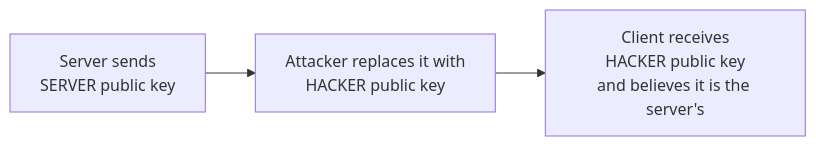
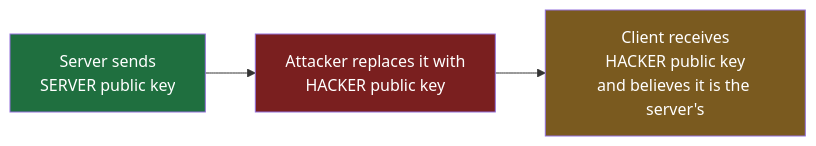
One commit to Dummy-Bug/system-design-handbook changed the first of 6 diagrams in Devops/04-Networking/10-Certificates-And-Trust.md. Above: the diagram before and after it, drawn with Mermaid. The commit also changed other lines of this file and 53 other files, not shown here.

````diff
--- a/Devops/04-Networking/10-Certificates-And-Trust.md
+++ b/Devops/04-Networking/10-Certificates-And-Trust.md
@@ -9,5 +9,8 @@
 ```mermaid
 flowchart LR
     S["Server sends<br/>SERVER public key"] --> H["Attacker replaces it with<br/>HACKER public key"]
     H --> C["Client receives<br/>HACKER public key<br/>and believes it is the server's"]
+    style S fill:#1f6f3f,color:#fff
+    style H fill:#7a1f1f,color:#fff
+    style C fill:#7a5a1f,color:#fff
 ```
````
